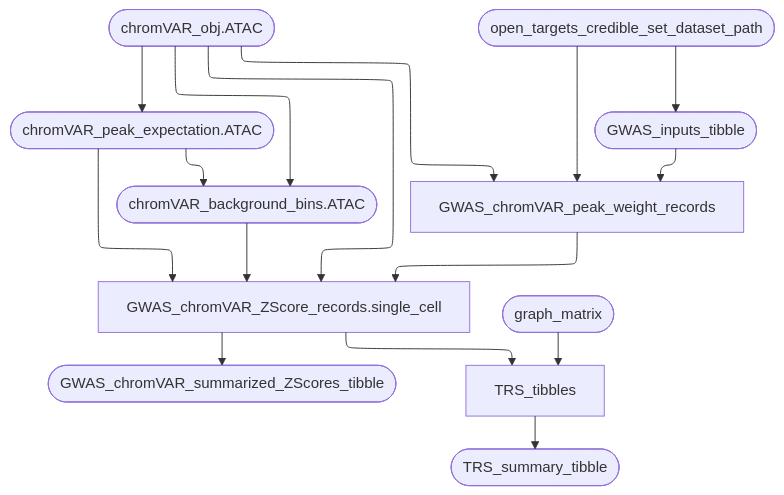
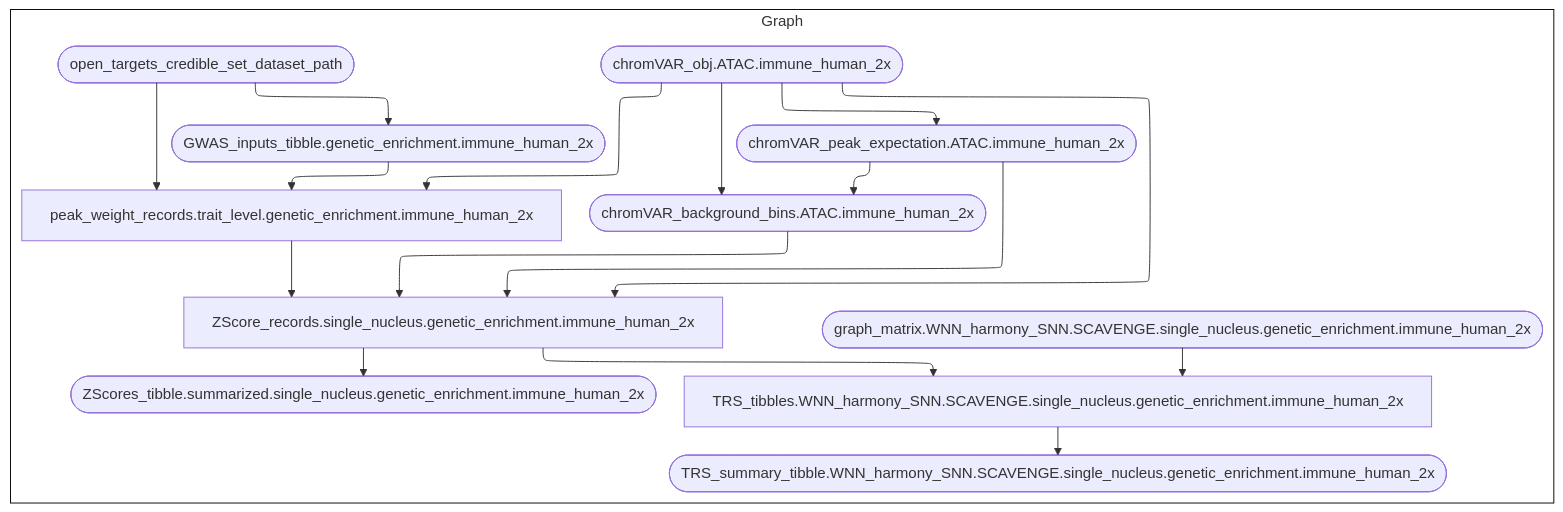
The diagram in website/figures/human_curated/genetic_enrichment_across_genes_pruned.mmd (koefoeden/multiomeR), drawn with Mermaid before and after one commit. The commit also changed 14 other files, not shown here.

Commit message:
updated mermaid diagrams

```diff
--- a/website/figures/human_curated/genetic_enrichment_across_genes_pruned.mmd
+++ b/website/figures/human_curated/genetic_enrichment_across_genes_pruned.mmd
@@ -1,17 +1,21 @@
 %%{init: {'flowchart': {'defaultRenderer': 'elk'}}}%%
 flowchart TB
-    chromVAR_obj.ATAC(["chromVAR_obj.ATAC"]):::none --> chromVAR_background_bins.ATAC(["chromVAR_background_bins.ATAC"]):::none
-    chromVAR_peak_expectation.ATAC(["chromVAR_peak_expectation.ATAC"]):::none --> chromVAR_background_bins.ATAC(["chromVAR_background_bins.ATAC"]):::none
-    chromVAR_obj.ATAC(["chromVAR_obj.ATAC"]):::none --> chromVAR_peak_expectation.ATAC(["chromVAR_peak_expectation.ATAC"]):::none
-    GWAS_chromVAR_ZScore_records.single_cell["GWAS_chromVAR_ZScore_records.single_cell"]:::none --> GWAS_chromVAR_summarized_ZScores_tibble(["GWAS_chromVAR_summarized_ZScores_tibble"]):::none
-    open_targets_credible_set_dataset_path(["open_targets_credible_set_dataset_path"]):::none --> GWAS_inputs_tibble(["GWAS_inputs_tibble"]):::none
-    graph_matrix(["graph_matrix"]):::none --> TRS_tibbles["TRS_tibbles"]:::none
-    GWAS_chromVAR_ZScore_records.single_cell["GWAS_chromVAR_ZScore_records.single_cell"]:::none --> TRS_tibbles["TRS_tibbles"]:::none
-    GWAS_chromVAR_peak_weight_records["GWAS_chromVAR_peak_weight_records"]:::none --> GWAS_chromVAR_ZScore_records.single_cell["GWAS_chromVAR_ZScore_records.single_cell"]:::none
-    GWAS_inputs_tibble(["GWAS_inputs_tibble"]):::none --> GWAS_chromVAR_peak_weight_records["GWAS_chromVAR_peak_weight_records"]:::none
-    TRS_tibbles["TRS_tibbles"]:::none --> TRS_summary_tibble(["TRS_summary_tibble"]):::none
-    chromVAR_background_bins.ATAC(["chromVAR_background_bins.ATAC"]):::none --> GWAS_chromVAR_ZScore_records.single_cell["GWAS_chromVAR_ZScore_records.single_cell"]:::none
-    chromVAR_obj.ATAC(["chromVAR_obj.ATAC"]):::none --> GWAS_chromVAR_ZScore_records.single_cell["GWAS_chromVAR_ZScore_records.single_cell"]:::none
-    chromVAR_obj.ATAC(["chromVAR_obj.ATAC"]):::none --> GWAS_chromVAR_peak_weight_records["GWAS_chromVAR_peak_weight_records"]:::none
-    chromVAR_peak_expectation.ATAC(["chromVAR_peak_expectation.ATAC"]):::none --> GWAS_chromVAR_ZScore_records.single_cell["GWAS_chromVAR_ZScore_records.single_cell"]:::none
-    open_targets_credible_set_dataset_path(["open_targets_credible_set_dataset_path"]):::none --> GWAS_chromVAR_peak_weight_records["GWAS_chromVAR_peak_weight_records"]:::none
+  style Graph fill:#FFFFFF00,stroke:#000000;
+  subgraph Graph
+    direction TB
+    chromVAR_obj.ATAC.immune_human_2x(["chromVAR_obj.ATAC.immune_human_2x"]):::none --> chromVAR_background_bins.ATAC.immune_human_2x(["chromVAR_background_bins.ATAC.immune_human_2x"]):::none
+    chromVAR_peak_expectation.ATAC.immune_human_2x(["chromVAR_peak_expectation.ATAC.immune_human_2x"]):::none --> chromVAR_background_bins.ATAC.immune_human_2x(["chromVAR_background_bins.ATAC.immune_human_2x"]):::none
+    chromVAR_obj.ATAC.immune_human_2x(["chromVAR_obj.ATAC.immune_human_2x"]):::none --> chromVAR_peak_expectation.ATAC.immune_human_2x(["chromVAR_peak_expectation.ATAC.immune_human_2x"]):::none
+    open_targets_credible_set_dataset_path(["open_targets_credible_set_dataset_path"]):::none --> GWAS_inputs_tibble.genetic_enrichment.immune_human_2x(["GWAS_inputs_tibble.genetic_enrichment.immune_human_2x"]):::none
+    ZScore_records.single_nucleus.genetic_enrichment.immune_human_2x["ZScore_records.single_nucleus.genetic_enrichment.immune_human_2x"]:::none --> TRS_tibbles.WNN_harmony_SNN.SCAVENGE.single_nucleus.genetic_enrichment.immune_human_2x["TRS_tibbles.WNN_harmony_SNN.SCAVENGE.single_nucleus.genetic_enrichment.immune_human_2x"]:::none
+    graph_matrix.WNN_harmony_SNN.SCAVENGE.single_nucleus.genetic_enrichment.immune_human_2x(["graph_matrix.WNN_harmony_SNN.SCAVENGE.single_nucleus.genetic_enrichment.immune_human_2x"]):::none --> TRS_tibbles.WNN_harmony_SNN.SCAVENGE.single_nucleus.genetic_enrichment.immune_human_2x["TRS_tibbles.WNN_harmony_SNN.SCAVENGE.single_nucleus.genetic_enrichment.immune_human_2x"]:::none
+    GWAS_inputs_tibble.genetic_enrichment.immune_human_2x(["GWAS_inputs_tibble.genetic_enrichment.immune_human_2x"]):::none --> peak_weight_records.trait_level.genetic_enrichment.immune_human_2x["peak_weight_records.trait_level.genetic_enrichment.immune_human_2x"]:::none
+    TRS_tibbles.WNN_harmony_SNN.SCAVENGE.single_nucleus.genetic_enrichment.immune_human_2x["TRS_tibbles.WNN_harmony_SNN.SCAVENGE.single_nucleus.genetic_enrichment.immune_human_2x"]:::none --> TRS_summary_tibble.WNN_harmony_SNN.SCAVENGE.single_nucleus.genetic_enrichment.immune_human_2x(["TRS_summary_tibble.WNN_harmony_SNN.SCAVENGE.single_nucleus.genetic_enrichment.immune_human_2x"]):::none
+    ZScore_records.single_nucleus.genetic_enrichment.immune_human_2x["ZScore_records.single_nucleus.genetic_enrichment.immune_human_2x"]:::none --> ZScores_tibble.summarized.single_nucleus.genetic_enrichment.immune_human_2x(["ZScores_tibble.summarized.single_nucleus.genetic_enrichment.immune_human_2x"]):::none
+    chromVAR_background_bins.ATAC.immune_human_2x(["chromVAR_background_bins.ATAC.immune_human_2x"]):::none --> ZScore_records.single_nucleus.genetic_enrichment.immune_human_2x["ZScore_records.single_nucleus.genetic_enrichment.immune_human_2x"]:::none
+    chromVAR_obj.ATAC.immune_human_2x(["chromVAR_obj.ATAC.immune_human_2x"]):::none --> ZScore_records.single_nucleus.genetic_enrichment.immune_human_2x["ZScore_records.single_nucleus.genetic_enrichment.immune_human_2x"]:::none
+    chromVAR_obj.ATAC.immune_human_2x(["chromVAR_obj.ATAC.immune_human_2x"]):::none --> peak_weight_records.trait_level.genetic_enrichment.immune_human_2x["peak_weight_records.trait_level.genetic_enrichment.immune_human_2x"]:::none
+    chromVAR_peak_expectation.ATAC.immune_human_2x(["chromVAR_peak_expectation.ATAC.immune_human_2x"]):::none --> ZScore_records.single_nucleus.genetic_enrichment.immune_human_2x["ZScore_records.single_nucleus.genetic_enrichment.immune_human_2x"]:::none
+    open_targets_credible_set_dataset_path(["open_targets_credible_set_dataset_path"]):::none --> peak_weight_records.trait_level.genetic_enrichment.immune_human_2x["peak_weight_records.trait_level.genetic_enrichment.immune_human_2x"]:::none
+    peak_weight_records.trait_level.genetic_enrichment.immune_human_2x["peak_weight_records.trait_level.genetic_enrichment.immune_human_2x"]:::none --> ZScore_records.single_nucleus.genetic_enrichment.immune_human_2x["ZScore_records.single_nucleus.genetic_enrichment.immune_human_2x"]:::none
+  end
```
